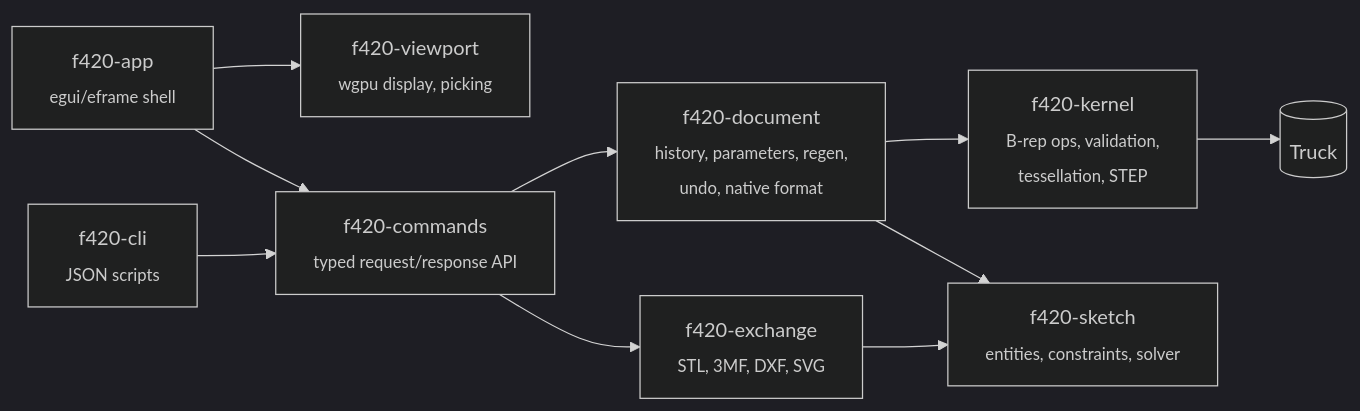
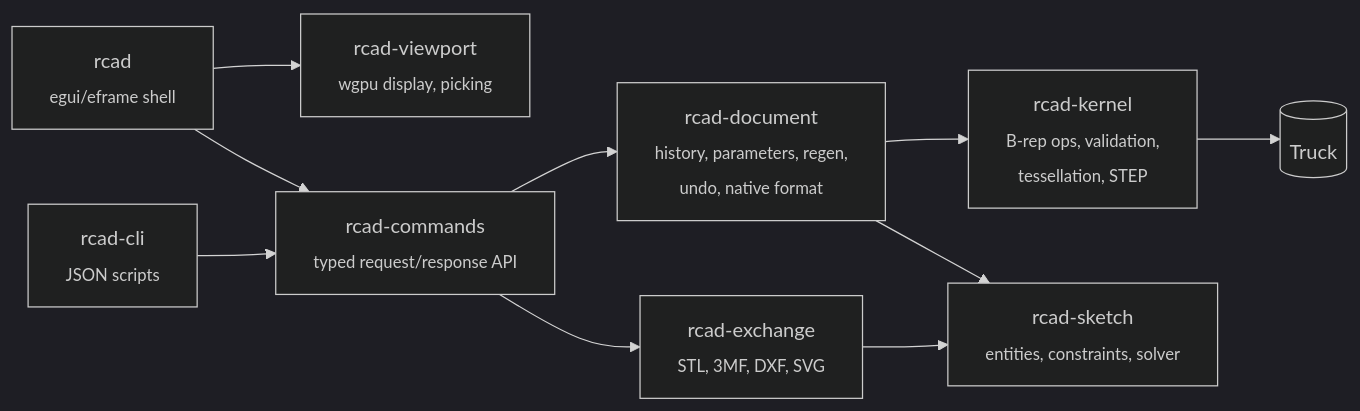
Before and after one commit to aped/Fission420: the diagram in README.md, drawn with Mermaid (dark theme). The commit also changed other lines of this file and 476 other files, not shown here.

First line of the commit message:
Rename to R-CAD: crates rcad-*, binaries rcad / rcad-cli, *.rcad.json, RCAD_* variables

````diff
--- a/README.md
+++ b/README.md
@@ -139,13 +143,13 @@
 ```mermaid
 flowchart LR
-    app["f420-app<br/><sub>egui/eframe shell</sub>"] --> viewport["f420-viewport<br/><sub>wgpu display, picking</sub>"]
+    app["rcad<br/><sub>egui/eframe shell</sub>"] --> viewport["rcad-viewport<br/><sub>wgpu display, picking</sub>"]
     app --> commands
-    cli["f420-cli<br/><sub>JSON scripts</sub>"] --> commands
-    commands["f420-commands<br/><sub>typed request/response API</sub>"] --> document
+    cli["rcad-cli<br/><sub>JSON scripts</sub>"] --> commands
+    commands["rcad-commands<br/><sub>typed request/response API</sub>"] --> document
     commands --> exchange
-    document["f420-document<br/><sub>history, parameters, regen,<br/>undo, native format</sub>"] --> kernel
+    document["rcad-document<br/><sub>history, parameters, regen,<br/>undo, native format</sub>"] --> kernel
     document --> sketch
-    exchange["f420-exchange<br/><sub>STL, 3MF, DXF, SVG</sub>"] --> sketch
-    kernel["f420-kernel<br/><sub>B-rep ops, validation,<br/>tessellation, STEP</sub>"] --> truck[("Truck")]
-    sketch["f420-sketch<br/><sub>entities, constraints, solver</sub>"]
+    exchange["rcad-exchange<br/><sub>STL, 3MF, DXF, SVG</sub>"] --> sketch
+    kernel["rcad-kernel<br/><sub>B-rep ops, validation,<br/>tessellation, STEP</sub>"] --> truck[("Truck")]
+    sketch["rcad-sketch<br/><sub>entities, constraints, solver</sub>"]
 ```
````
